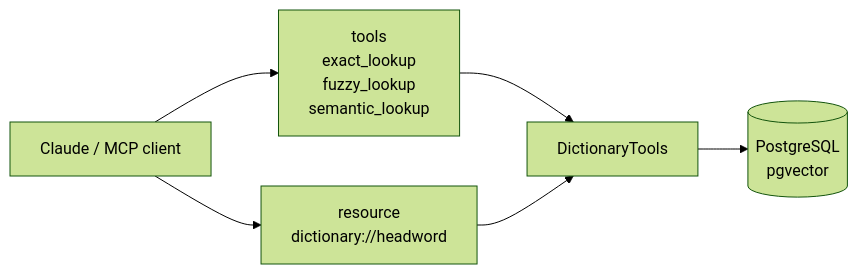
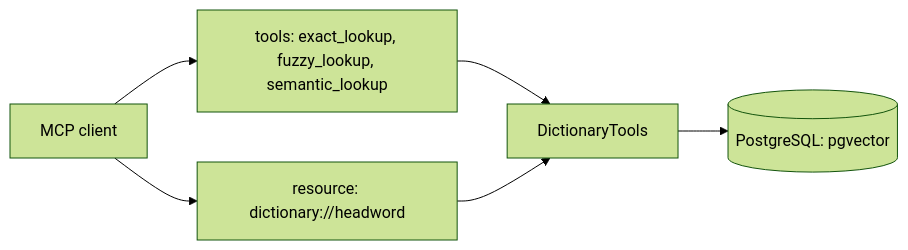
One commit to sachn1/linguaalayam changed the fourth of 4 diagrams in docs/architecture.md. Above: the diagram before and after it, drawn with Mermaid (forest theme). The commit also changed other lines of this file and 57 other files, not shown here.

````diff
--- a/docs/architecture.md
+++ b/docs/architecture.md
@@ -62,7 +62,7 @@
 ```mermaid
 flowchart LR
-    C[Claude / MCP client] --> T[tools\nexact_lookup\nfuzzy_lookup\nsemantic_lookup]
-    C --> R[resource\ndictionary://headword]
+    C[MCP client] --> T[tools: exact_lookup, fuzzy_lookup, semantic_lookup]
+    C --> R[resource: dictionary://headword]
     T & R --> DT[DictionaryTools]
-    DT --> DB[(PostgreSQL\npgvector)]
+    DT --> DB[(PostgreSQL: pgvector)]
 ```
````
